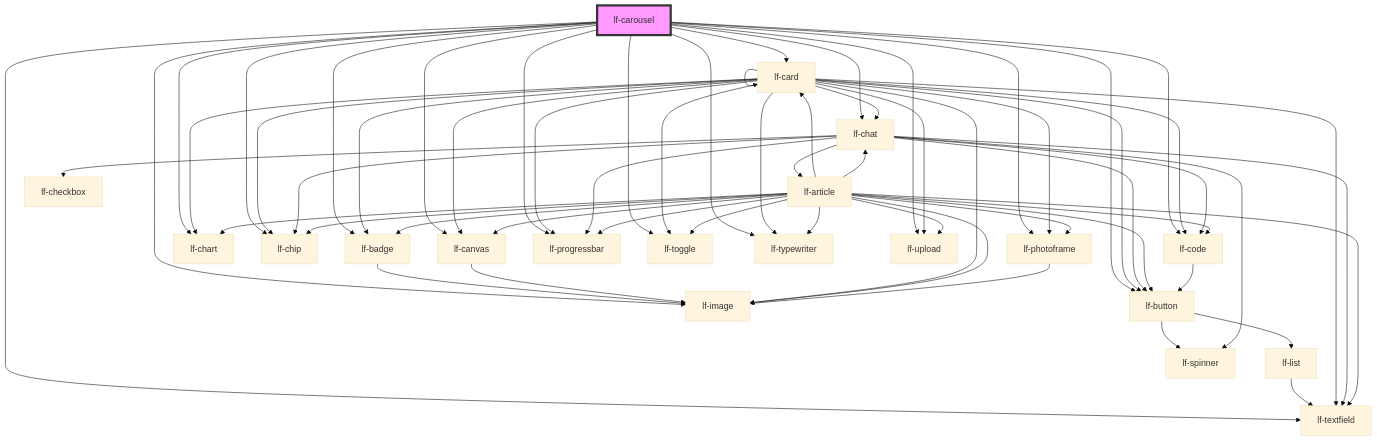
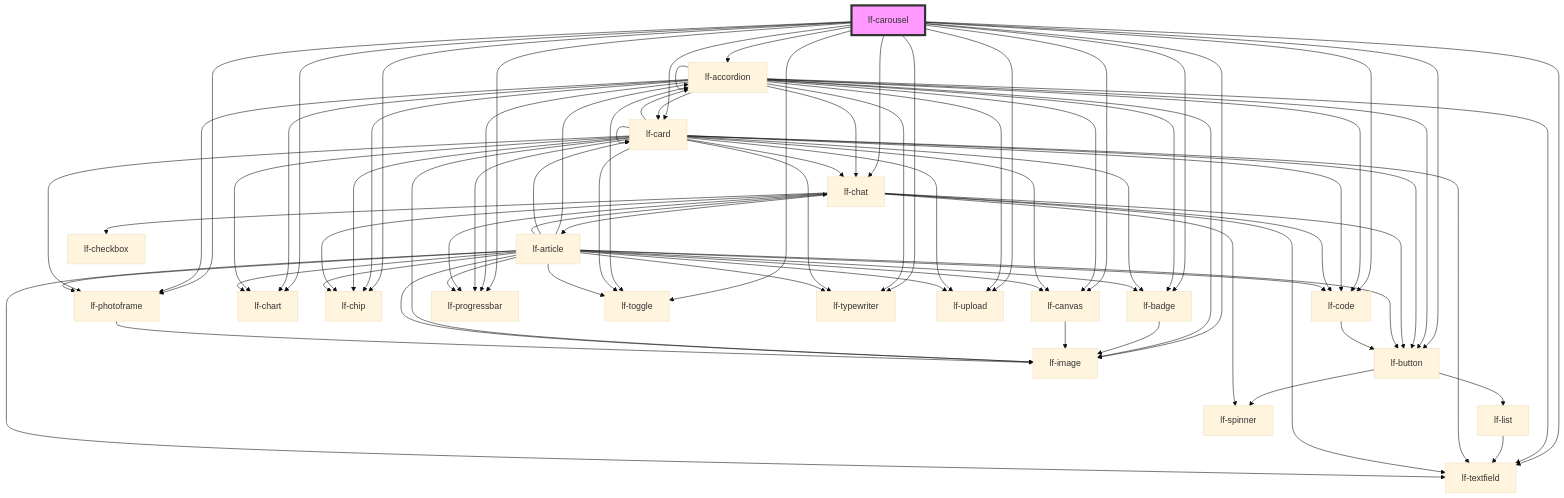
One commit to lucafoscili/lf-widgets changed the diagram in packages/core/src/components/lf-carousel/readme.md. Above: the diagram before and after it, drawn with Mermaid (base theme). The commit also changed other lines of this file and 23 other files, not shown here.

````diff
--- a/packages/core/src/components/lf-carousel/readme.md
+++ b/packages/core/src/components/lf-carousel/readme.md
@@ -156,5 +157,6 @@
 ```mermaid
 graph TD;
+  lf-carousel --> lf-accordion
   lf-carousel --> lf-badge
   lf-carousel --> lf-button
   lf-carousel --> lf-canvas
@@ -170,11 +172,28 @@
   lf-carousel --> lf-toggle
   lf-carousel --> lf-typewriter
   lf-carousel --> lf-upload
+  lf-accordion --> lf-accordion
+  lf-accordion --> lf-badge
+  lf-accordion --> lf-button
+  lf-accordion --> lf-canvas
+  lf-accordion --> lf-card
+  lf-accordion --> lf-chart
+  lf-accordion --> lf-chat
+  lf-accordion --> lf-chip
+  lf-accordion --> lf-code
+  lf-accordion --> lf-image
+  lf-accordion --> lf-photoframe
+  lf-accordion --> lf-progressbar
+  lf-accordion --> lf-textfield
+  lf-accordion --> lf-toggle
+  lf-accordion --> lf-typewriter
+  lf-accordion --> lf-upload
   lf-badge --> lf-image
   lf-button --> lf-list
   lf-button --> lf-spinner
   lf-list --> lf-textfield
   lf-canvas --> lf-image
+  lf-card --> lf-accordion
   lf-card --> lf-badge
   lf-card --> lf-button
   lf-card --> lf-canvas
@@ -198,6 +217,7 @@
   lf-chat --> lf-progressbar
   lf-chat --> lf-code
   lf-chat --> lf-checkbox
+  lf-article --> lf-accordion
   lf-article --> lf-badge
   lf-article --> lf-button
   lf-article --> lf-canvas
````
